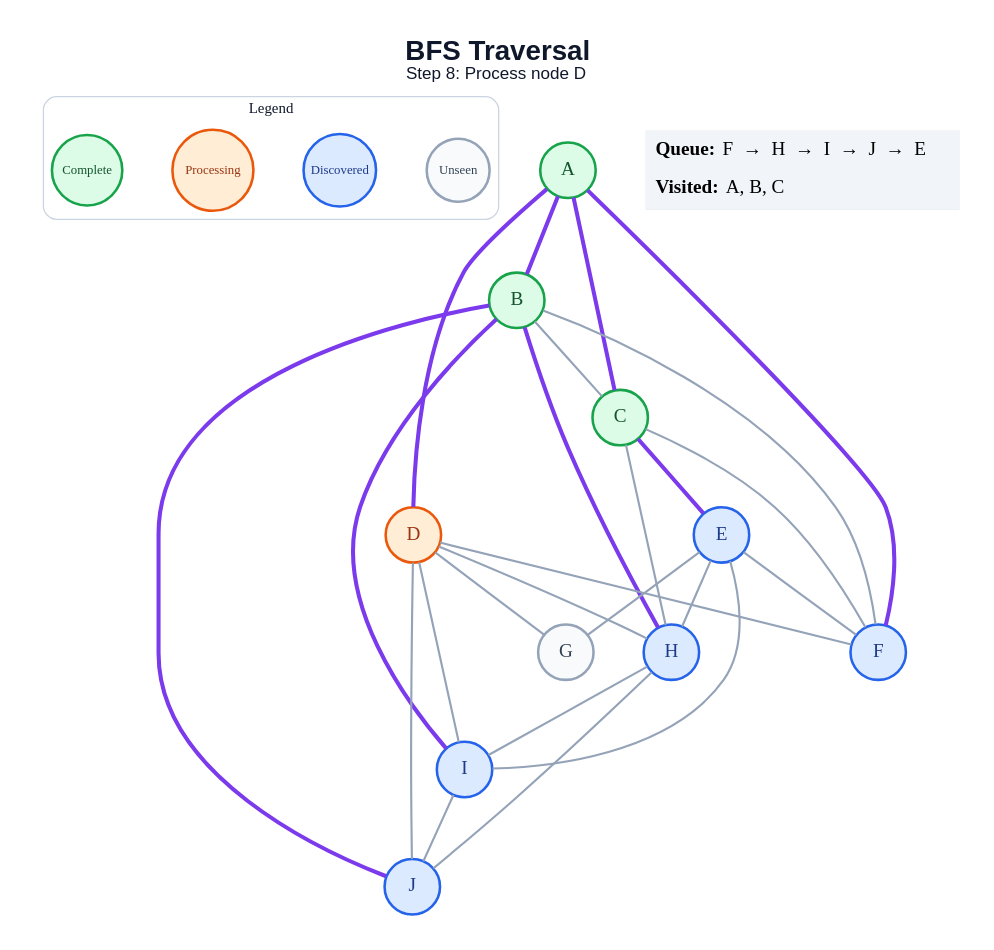
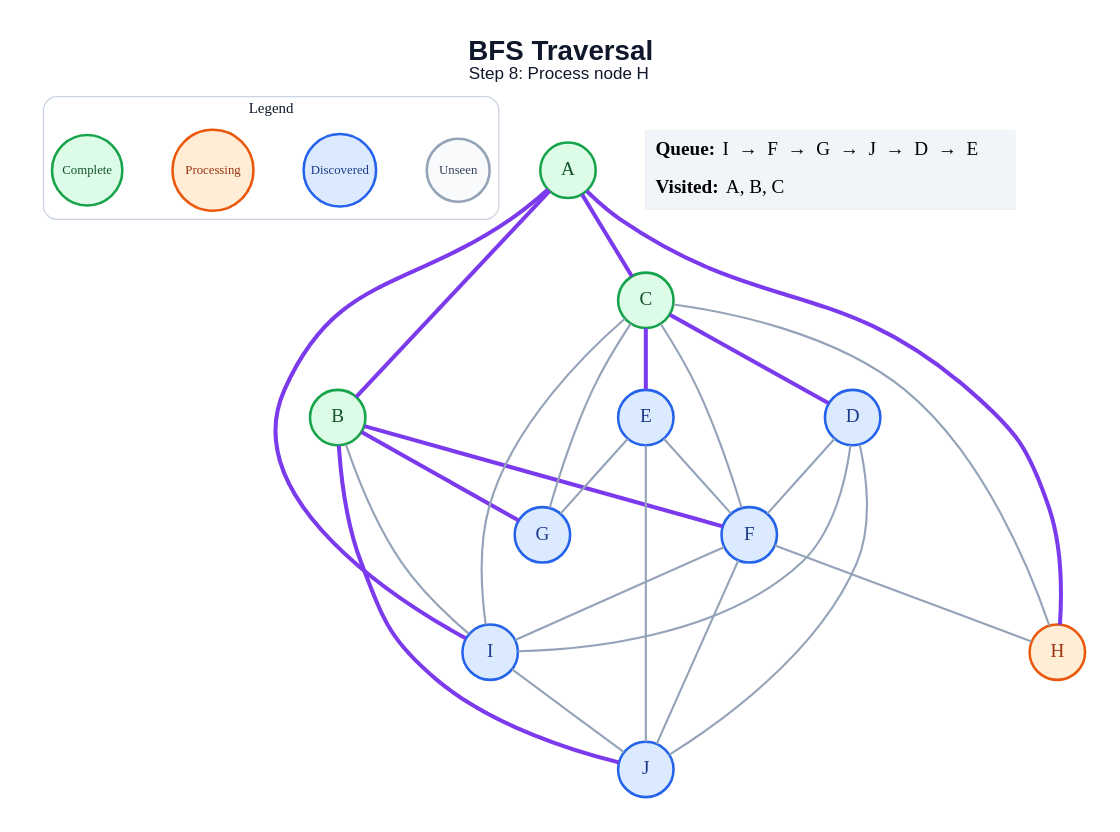
One commit to amanghodawala9/ai-slop changed the diagram in generated/bfs/step_08.dot. Above: the diagram before and after it, drawn with Graphviz. The commit also changed 178 other files, not shown here.

```diff
--- a/generated/bfs/step_08.dot
+++ b/generated/bfs/step_08.dot
@@ -1,53 +1,53 @@
 graph traversal {
   graph [layout=dot, rankdir=TB, bgcolor="#FFFFFF", pad="0.35", nodesep="0.65", ranksep="0.8", fontname="Arial"];
   node [shape=circle, style="filled", fontname="Arial Bold", fontsize=18, width=0.72, fixedsize=true, penwidth=2.4];
   edge [color="#94A3B8", penwidth=2.0];
-  label=<<B>BFS Traversal</B><BR/><FONT POINT-SIZE="16">Step 8: Process node D</FONT>>; labelloc="t"; fontsize=26; fontname="Arial"; fontcolor="#0F172A";
+  label=<<B>BFS Traversal</B><BR/><FONT POINT-SIZE="16">Step 8: Process node H</FONT>>; labelloc="t"; fontsize=26; fontname="Arial"; fontcolor="#0F172A";
   subgraph cluster_legend { label="Legend"; color="#CBD5E1"; penwidth=1.2; style="rounded"; fontsize=14; fontname="Arial Bold";
     key_unseen [label="Unseen", fillcolor="#F8FAFC", color="#94A3B8", fontcolor="#334155", fontsize=12, width=0.82];
     key_frontier [label="Discovered", fillcolor="#DBEAFE", color="#2563EB", fontcolor="#1E3A8A", fontsize=12, width=0.95];
     key_current [label="Processing", fillcolor="#FFEDD5", color="#EA580C", fontcolor="#9A3412", fontsize=12, width=1.05];
     key_done [label="Complete", fillcolor="#DCFCE7", color="#16A34A", fontcolor="#14532D", fontsize=12, width=0.92];
     { rank=same; key_unseen; key_frontier; key_current; key_done; }
   }
   A [fillcolor="#DCFCE7", color="#16A34A", fontcolor="#14532D"];
   B [fillcolor="#DCFCE7", color="#16A34A", fontcolor="#14532D"];
   C [fillcolor="#DCFCE7", color="#16A34A", fontcolor="#14532D"];
-  D [fillcolor="#FFEDD5", color="#EA580C", fontcolor="#9A3412"];
+  D [fillcolor="#DBEAFE", color="#2563EB", fontcolor="#1E3A8A"];
   E [fillcolor="#DBEAFE", color="#2563EB", fontcolor="#1E3A8A"];
   F [fillcolor="#DBEAFE", color="#2563EB", fontcolor="#1E3A8A"];
-  G [fillcolor="#F8FAFC", color="#94A3B8", fontcolor="#334155"];
-  H [fillcolor="#DBEAFE", color="#2563EB", fontcolor="#1E3A8A"];
+  G [fillcolor="#DBEAFE", color="#2563EB", fontcolor="#1E3A8A"];
+  H [fillcolor="#FFEDD5", color="#EA580C", fontcolor="#9A3412"];
   I [fillcolor="#DBEAFE", color="#2563EB", fontcolor="#1E3A8A"];
   J [fillcolor="#DBEAFE", color="#2563EB", fontcolor="#1E3A8A"];
   A -- B [color="#7C3AED", penwidth=3.8];
   A -- C [color="#7C3AED", penwidth=3.8];
-  A -- D [color="#7C3AED", penwidth=3.8];
-  A -- F [color="#7C3AED", penwidth=3.8];
-  B -- C;
-  B -- F;
-  B -- H [color="#7C3AED", penwidth=3.8];
-  B -- I [color="#7C3AED", penwidth=3.8];
+  A -- H [color="#7C3AED", penwidth=3.8];
+  A -- I [color="#7C3AED", penwidth=3.8];
+  B -- F [color="#7C3AED", penwidth=3.8];
+  B -- G [color="#7C3AED", penwidth=3.8];
+  B -- I;
   B -- J [color="#7C3AED", penwidth=3.8];
+  C -- D [color="#7C3AED", penwidth=3.8];
   C -- E [color="#7C3AED", penwidth=3.8];
   C -- F;
+  C -- G;
   C -- H;
+  C -- I;
   D -- F;
-  D -- G;
-  D -- H;
   D -- I;
   D -- J;
   E -- F;
   E -- G;
-  E -- H;
-  E -- I;
-  H -- I;
-  H -- J;
+  E -- J;
+  F -- H;
+  F -- I;
+  F -- J;
   I -- J;
   status [shape=plain, fixedsize=false, width=0, height=0, margin=0, label=<
     <TABLE BORDER="0" CELLBORDER="0" CELLPADDING="7" BGCOLOR="#F1F5F9">
-      <TR><TD ALIGN="LEFT"><B>Queue:</B> F  →  H  →  I  →  J  →  E</TD></TR>
+      <TR><TD ALIGN="LEFT"><B>Queue:</B> I  →  F  →  G  →  J  →  D  →  E</TD></TR>
       <TR><TD ALIGN="LEFT"><B>Visited:</B> A, B, C</TD></TR>
     </TABLE>
   >];
 }
```
